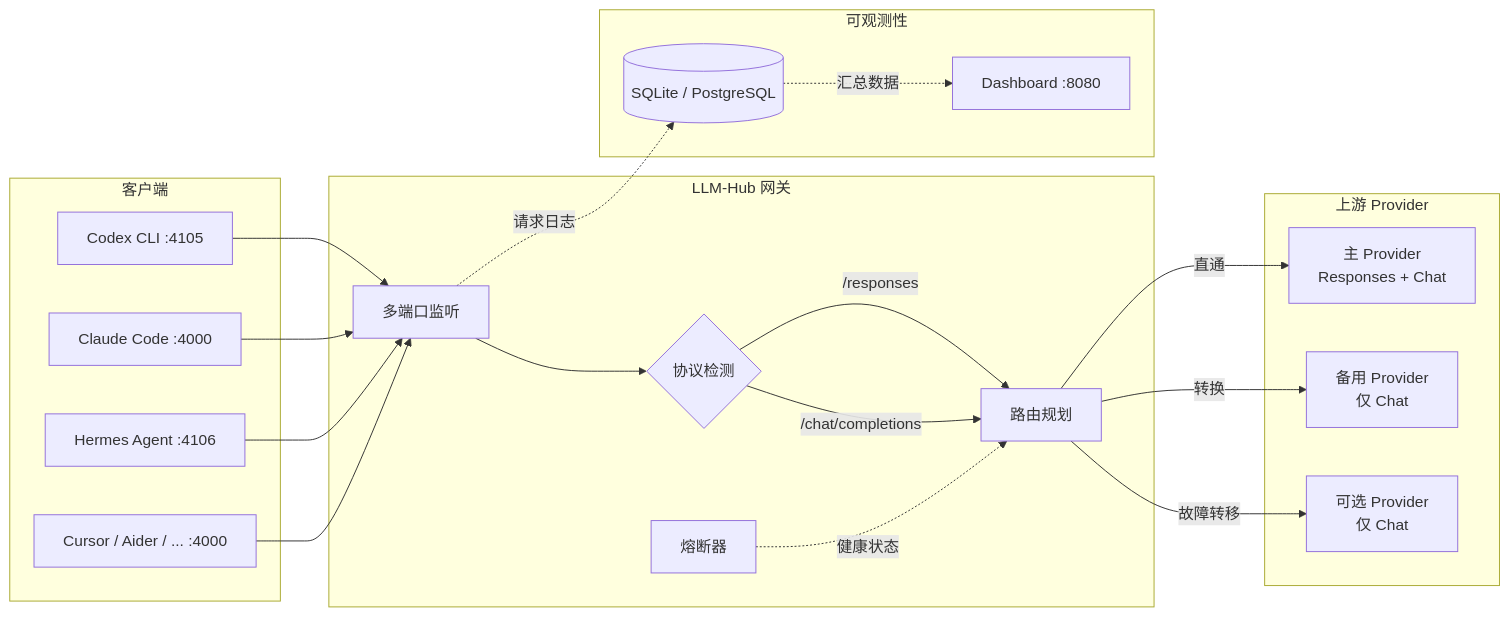
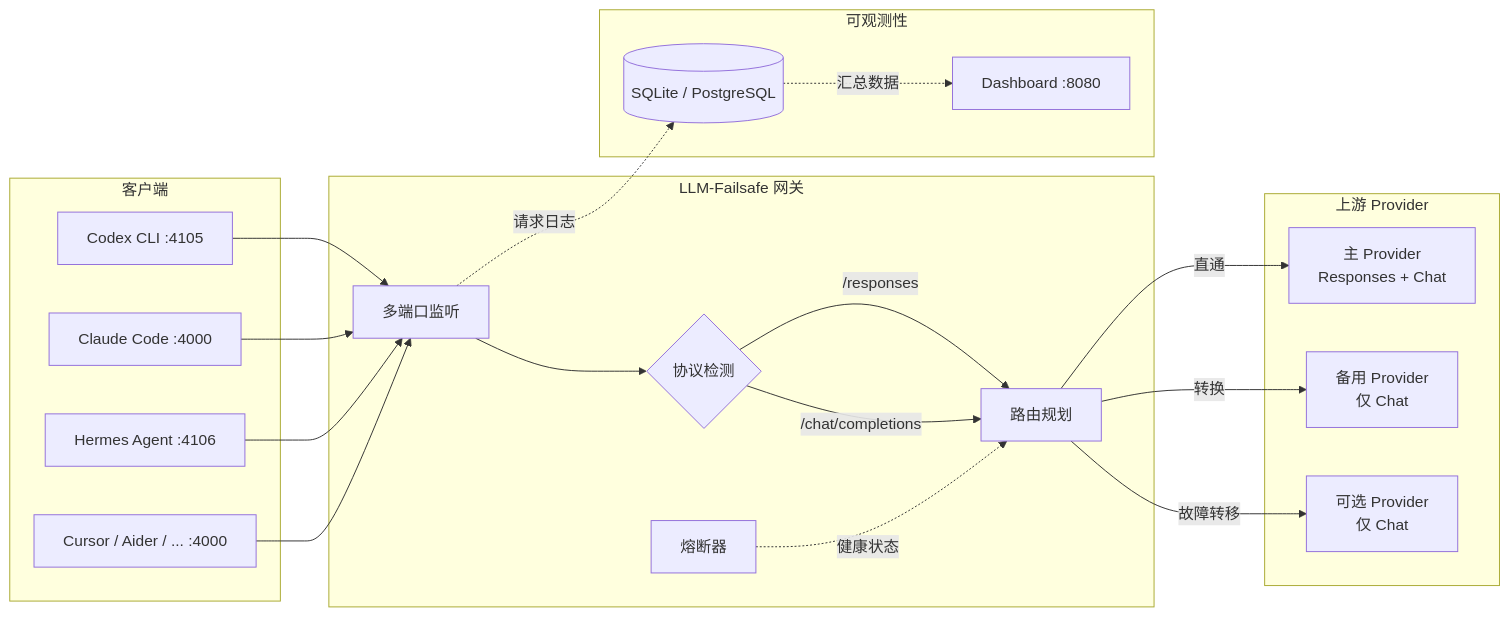
Before and after one commit to huayintianlai/LLM-Hub: the diagram in README.zh-CN.md, drawn with Mermaid. The commit also changed other lines of this file and 18 other files, not shown here.

First line of the commit message:
Rename project from LLM-Hub to LLM-Failsafe

````diff
--- a/README.zh-CN.md
+++ b/README.zh-CN.md
@@ -201,38 +206,38 @@
 ```mermaid
 graph LR
     subgraph 客户端
         A[Codex CLI :4105]
         B[Claude Code :4000]
         C[Hermes Agent :4106]
         D[Cursor / Aider / ... :4000]
     end
 
-    subgraph LLM-Hub 网关
+    subgraph LLM-Failsafe 网关
         E[多端口监听]
         F{协议检测}
         G[路由规划]
         H[熔断器]
     end
 
     subgraph 上游 Provider
         I[主 Provider<br/>Responses + Chat]
         J[备用 Provider<br/>仅 Chat]
         K[可选 Provider<br/>仅 Chat]
     end
 
     subgraph 可观测性
         L[(SQLite / PostgreSQL)]
         M[Dashboard :8080]
     end
 
     A & B & C & D --> E
     E --> F
     F -->|/responses| G
     F -->|/chat/completions| G
     G -->|直通| I
     G -->|转换| J
     G -->|故障转移| K
     H -.->|健康状态| G
     E -.->|请求日志| L
     L -.->|汇总数据| M
 ```
````
